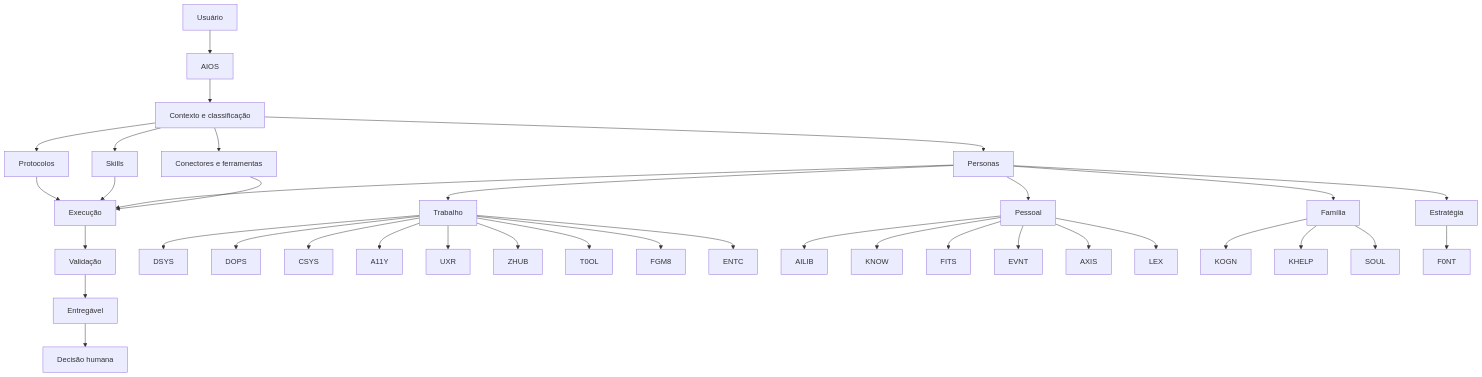
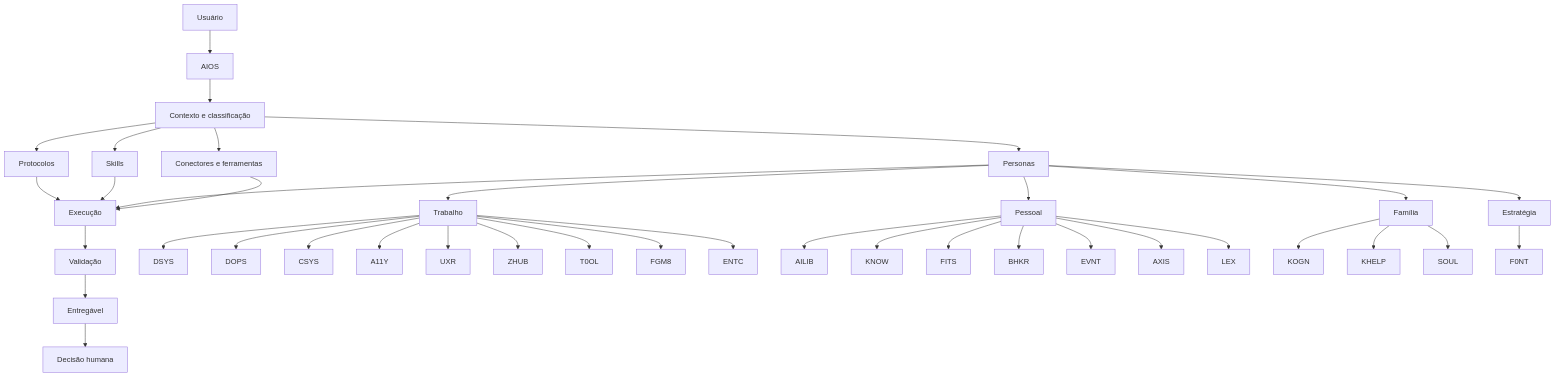
Before and after one commit to victorsmelo/aios-vmelo: the diagram in docs/aios-persona-map.md, drawn with Mermaid. The commit also changed other lines of this file and 6 other files, not shown here.

````diff
--- a/docs/aios-persona-map.md
+++ b/docs/aios-persona-map.md
@@ -5,40 +5,41 @@
 ```mermaid
 flowchart TD
   U[Usuário] --> A[AIOS]
   A --> C[Contexto e classificação]
   C --> P[Protocolos]
   C --> S[Skills]
   C --> D[Personas]
   C --> T[Conectores e ferramentas]
   P --> X[Execução]
   S --> X
   D --> X
   T --> X
   X --> V[Validação]
   V --> O[Entregável]
   O --> H[Decisão humana]
 
   D --> W[Trabalho]
   D --> PE[Pessoal]
   D --> F[Família]
   D --> E[Estratégia]
   W --> DSYS[DSYS]
   W --> DOPS[DOPS]
   W --> CSYS[CSYS]
   W --> A11Y[A11Y]
   W --> UXR[UXR]
   W --> ZHUB[ZHUB]
   W --> T0OL[T0OL]
   W --> FGM8[FGM8]
   W --> ENTC[ENTC]
   PE --> AILIB[AILIB]
   PE --> KNOW[KNOW]
   PE --> FITS[FITS]
+  PE --> BHKR[BHKR]
   PE --> EVNT[EVNT]
   PE --> AXIS[AXIS]
   PE --> LEX[LEX]
   F --> KOGN[KOGN]
   F --> KHELP[KHELP]
   F --> SOUL[SOUL]
   E --> F0NT[F0NT]
 ```
````
